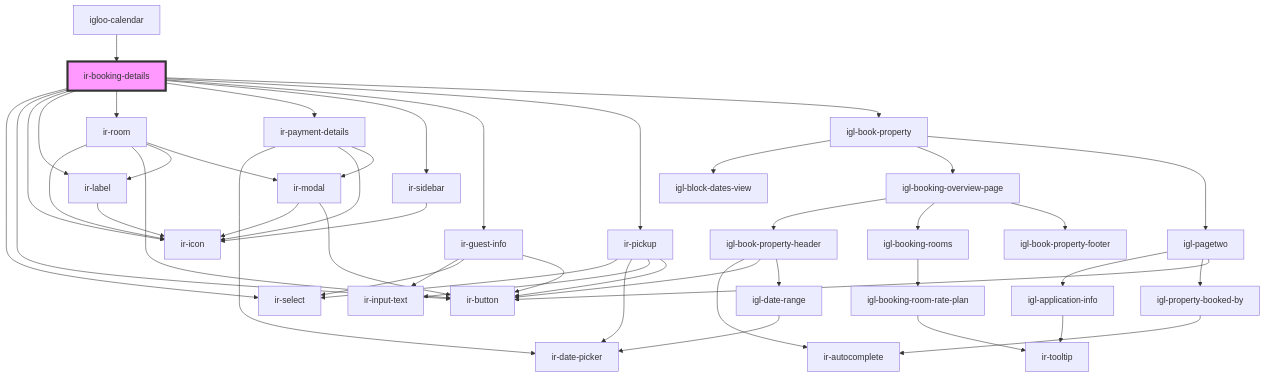
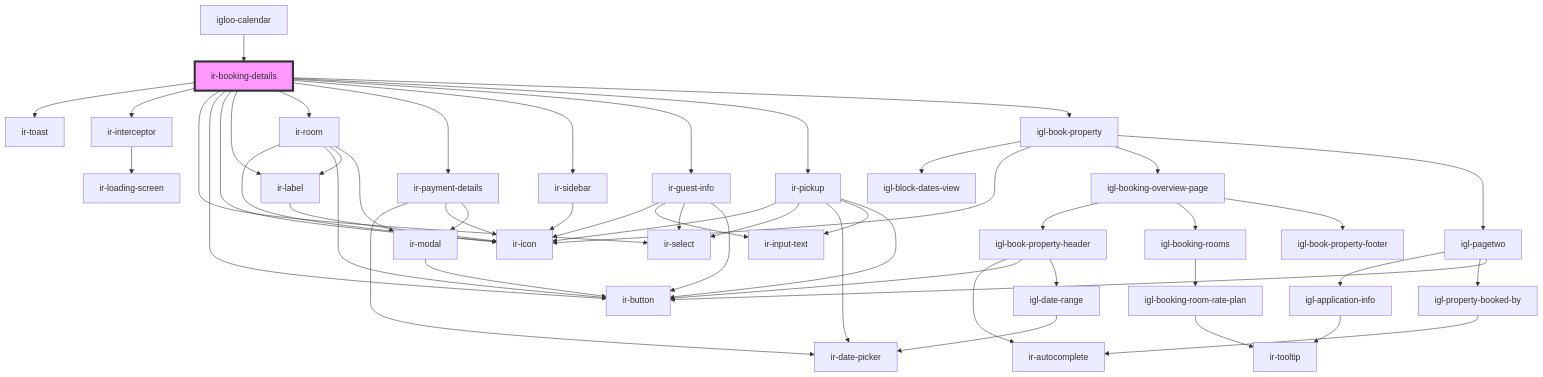
The diagram in src/components/ir-booking-details/readme.md (David1Chowaifaty/modified-ir-webcmp), drawn with Mermaid before and after one commit. The commit also changed other lines of this file and 28 other files, not shown here.

````diff
--- a/src/components/ir-booking-details/readme.md
+++ b/src/components/ir-booking-details/readme.md
@@ -55,50 +58,55 @@
 ```mermaid
 graph TD;
+  ir-booking-details --> ir-toast
+  ir-booking-details --> ir-interceptor
   ir-booking-details --> ir-select
   ir-booking-details --> ir-button
   ir-booking-details --> ir-icon
   ir-booking-details --> ir-label
   ir-booking-details --> ir-room
   ir-booking-details --> ir-payment-details
   ir-booking-details --> ir-sidebar
   ir-booking-details --> ir-guest-info
   ir-booking-details --> ir-pickup
   ir-booking-details --> igl-book-property
+  ir-interceptor --> ir-loading-screen
   ir-label --> ir-icon
   ir-room --> ir-icon
   ir-room --> ir-button
   ir-room --> ir-label
   ir-room --> ir-modal
-  ir-modal --> ir-icon
   ir-modal --> ir-button
   ir-payment-details --> ir-date-picker
   ir-payment-details --> ir-icon
   ir-payment-details --> ir-modal
   ir-sidebar --> ir-icon
+  ir-guest-info --> ir-icon
   ir-guest-info --> ir-input-text
   ir-guest-info --> ir-select
   ir-guest-info --> ir-button
+  ir-pickup --> ir-icon
   ir-pickup --> ir-select
   ir-pickup --> ir-date-picker
   ir-pickup --> ir-input-text
   ir-pickup --> ir-button
   igl-book-property --> igl-block-dates-view
+  igl-book-property --> ir-icon
   igl-book-property --> igl-booking-overview-page
   igl-book-property --> igl-pagetwo
   igl-booking-overview-page --> igl-book-property-header
   igl-booking-overview-page --> igl-booking-rooms
   igl-booking-overview-page --> igl-book-property-footer
   igl-book-property-header --> ir-autocomplete
   igl-book-property-header --> ir-button
   igl-book-property-header --> igl-date-range
   igl-date-range --> ir-date-picker
   igl-booking-rooms --> igl-booking-room-rate-plan
   igl-booking-room-rate-plan --> ir-tooltip
   igl-pagetwo --> igl-application-info
   igl-pagetwo --> igl-property-booked-by
   igl-pagetwo --> ir-button
   igl-application-info --> ir-tooltip
   igl-property-booked-by --> ir-autocomplete
   igloo-calendar --> ir-booking-details
   style ir-booking-details fill:#f9f,stroke:#333,stroke-width:4px
 ```
````
